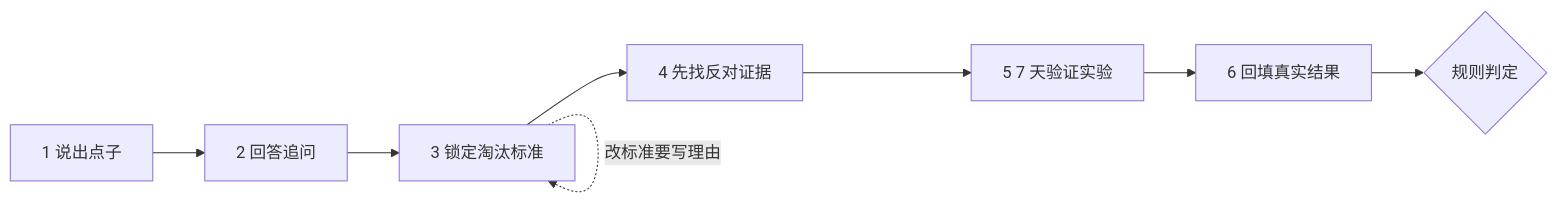
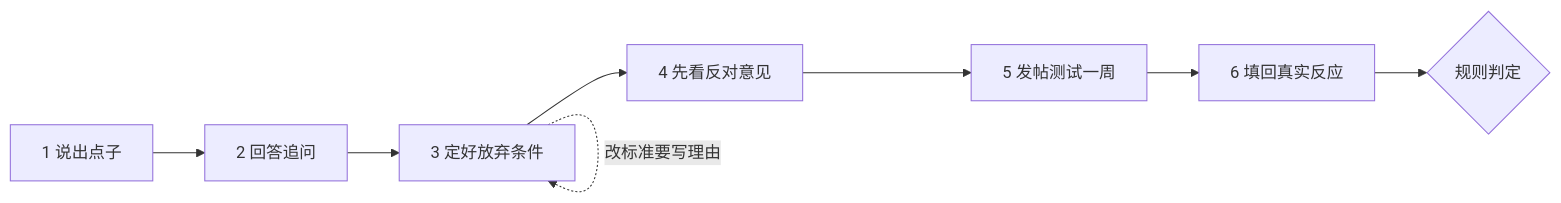
Before and after one commit to Kkk6t/demand-mirror: the diagram in README.md, drawn with Mermaid. The commit also changed other lines of this file and 14 other files, not shown here.

````diff
--- a/README.md
+++ b/README.md
@@ -42,10 +42,10 @@
 ```mermaid
 flowchart LR
     A[1 说出点子] --> B[2 回答追问]
-    B --> C[3 锁定淘汰标准]
-    C --> D[4 先找反对证据]
-    D --> E[5 7 天验证实验]
-    E --> F[6 回填真实结果]
+    B --> C[3 定好放弃条件]
+    C --> D[4 先看反对意见]
+    D --> E[5 发帖测试一周]
+    E --> F[6 填回真实反应]
     F --> G{规则判定}
     C -. 改标准要写理由 .-> C
 ```
````
